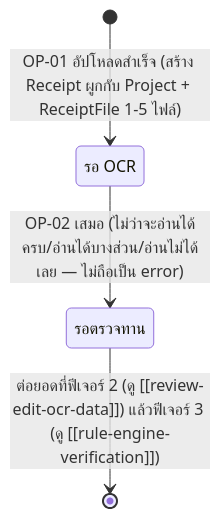
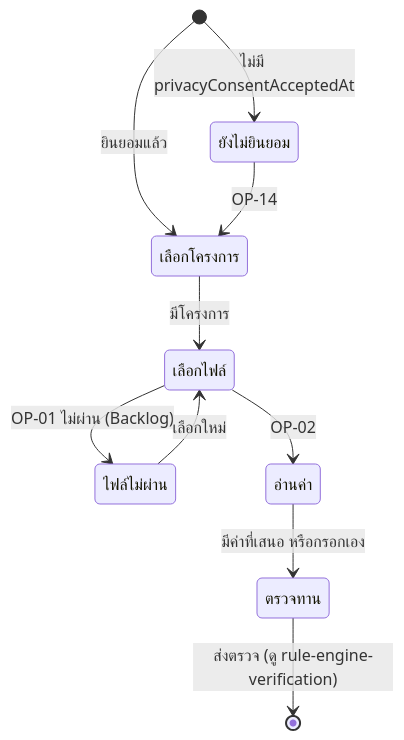
The second of 2 diagrams in docs/02-design/02-technical/detailed-design/receipt-upload-ocr.md (ptrsswnr/Grant-Receipt-Assistant), drawn with Mermaid before and after one commit. The commit also changed other lines of this file and 27 other files, not shown here.

````diff
--- a/docs/02-design/02-technical/detailed-design/receipt-upload-ocr.md
+++ b/docs/02-design/02-technical/detailed-design/receipt-upload-ocr.md
@@ -102,9 +90,12 @@
 ```mermaid
 stateDiagram-v2
-    state "รอ OCR" as s_ocr
-    state "รอตรวจทาน" as s_review
-
-    [*] --> s_ocr : OP-01 อัปโหลดสำเร็จ (สร้าง Receipt ผูกกับ Project + ReceiptFile 1-5 ไฟล์)
-    s_ocr --> s_review : OP-02 เสมอ (ไม่ว่าจะอ่านได้ครบ/อ่านได้บางส่วน/อ่านไม่ได้เลย — ไม่ถือเป็น error)
-    s_review --> [*] : ต่อยอดที่ฟีเจอร์ 2 (ดู [[review-edit-ocr-data]]) แล้วฟีเจอร์ 3 (ดู [[rule-engine-verification]])
+    [*] --> ยังไม่ยินยอม : ไม่มี privacyConsentAcceptedAt
+    [*] --> เลือกโครงการ : ยินยอมแล้ว
+    ยังไม่ยินยอม --> เลือกโครงการ : OP-14
+    เลือกโครงการ --> เลือกไฟล์ : มีโครงการ
+    เลือกไฟล์ --> ไฟล์ไม่ผ่าน : OP-01 ไม่ผ่าน (Backlog)
+    ไฟล์ไม่ผ่าน --> เลือกไฟล์ : เลือกใหม่
+    เลือกไฟล์ --> อ่านค่า : OP-02
+    อ่านค่า --> ตรวจทาน : มีค่าที่เสนอ หรือกรอกเอง
+    ตรวจทาน --> [*] : ส่งตรวจ (ดู rule-engine-verification)
 ```
````
